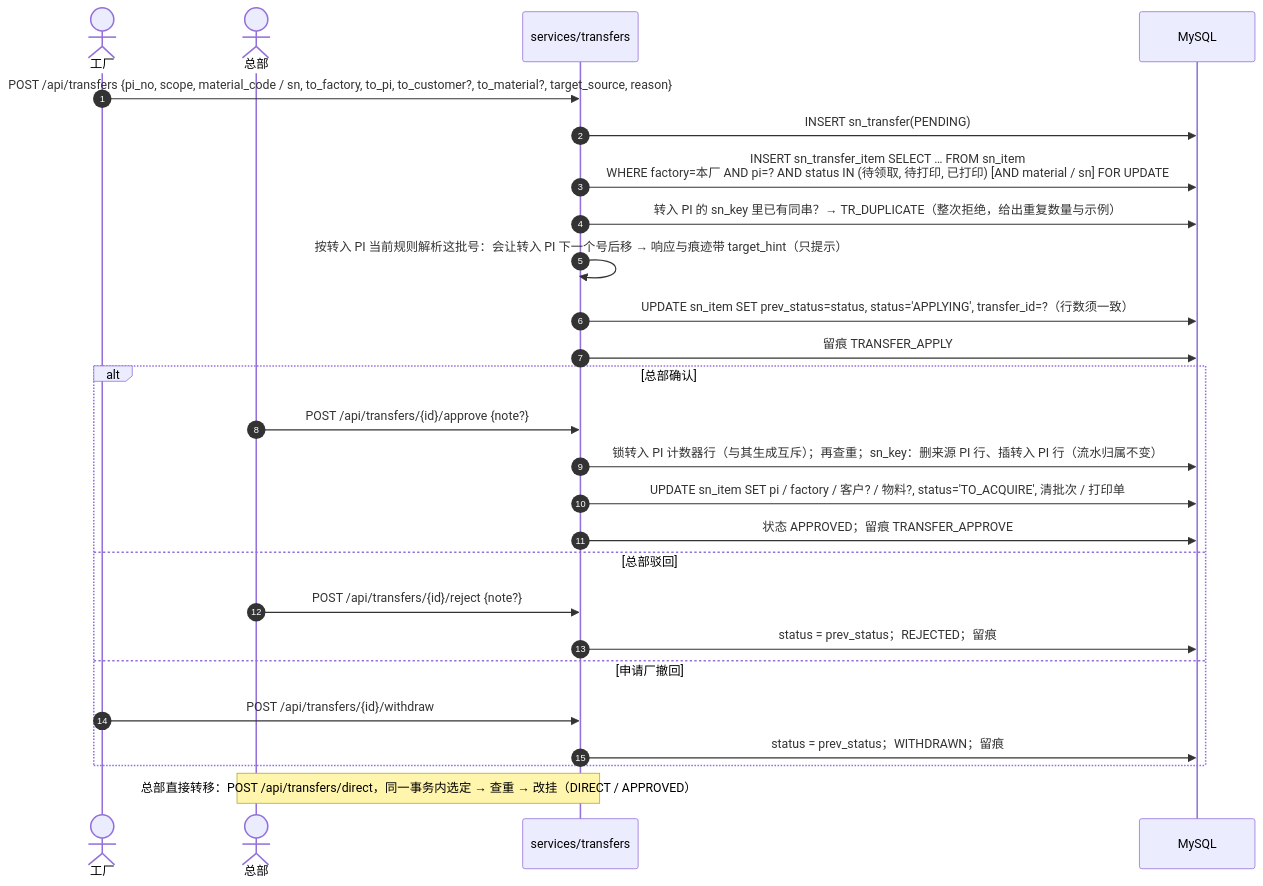
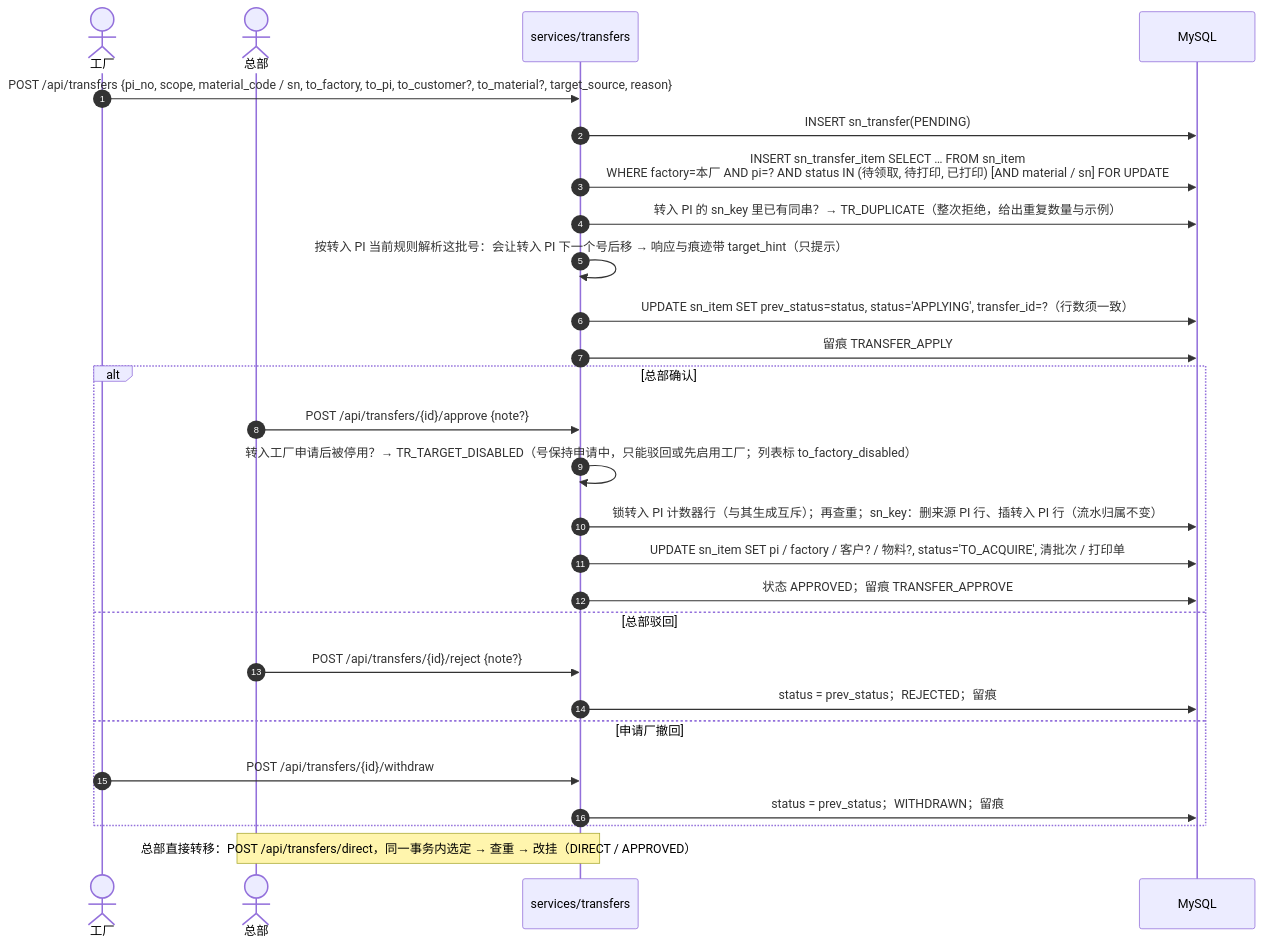
One commit to Createsnow/sn-center changed diagram 12 of 13 in docs/技术文档.md. Above: the diagram before and after it, drawn with Mermaid. The commit also changed other lines of this file and 9 other files, not shown here.

````diff
--- a/docs/技术文档.md
+++ b/docs/技术文档.md
@@ -408,28 +408,29 @@
 ```mermaid
 sequenceDiagram
     autonumber
     actor F as 工厂
     actor H as 总部
     participant T as services/transfers
     participant DB as MySQL
     F->>T: POST /api/transfers {pi_no, scope, material_code / sn, to_factory, to_pi, to_customer?, to_material?, target_source, reason}
     T->>DB: INSERT sn_transfer(PENDING)
     T->>DB: INSERT sn_transfer_item SELECT … FROM sn_item<br/>WHERE factory=本厂 AND pi=? AND status IN (待领取, 待打印, 已打印) [AND material / sn] FOR UPDATE
     T->>DB: 转入 PI 的 sn_key 里已有同串？→ TR_DUPLICATE（整次拒绝，给出重复数量与示例）
     T->>T: 按转入 PI 当前规则解析这批号：会让转入 PI 下一个号后移 → 响应与痕迹带 target_hint（只提示）
     T->>DB: UPDATE sn_item SET prev_status=status, status='APPLYING', transfer_id=?（行数须一致）
     T->>DB: 留痕 TRANSFER_APPLY
     alt 总部确认
         H->>T: POST /api/transfers/{id}/approve {note?}
+        T->>T: 转入工厂申请后被停用？→ TR_TARGET_DISABLED（号保持申请中，只能驳回或先启用工厂；列表标 to_factory_disabled）
         T->>DB: 锁转入 PI 计数器行（与其生成互斥）；再查重；sn_key：删来源 PI 行、插转入 PI 行（流水归属不变）
         T->>DB: UPDATE sn_item SET pi / factory / 客户? / 物料?, status='TO_ACQUIRE', 清批次 / 打印单
         T->>DB: 状态 APPROVED；留痕 TRANSFER_APPROVE
     else 总部驳回
         H->>T: POST /api/transfers/{id}/reject {note?}
         T->>DB: status = prev_status；REJECTED；留痕
     else 申请厂撤回
         F->>T: POST /api/transfers/{id}/withdraw
         T->>DB: status = prev_status；WITHDRAWN；留痕
     end
     Note over H,T: 总部直接转移：POST /api/transfers/direct，同一事务内选定 → 查重 → 改挂（DIRECT / APPROVED）
 ```
````
